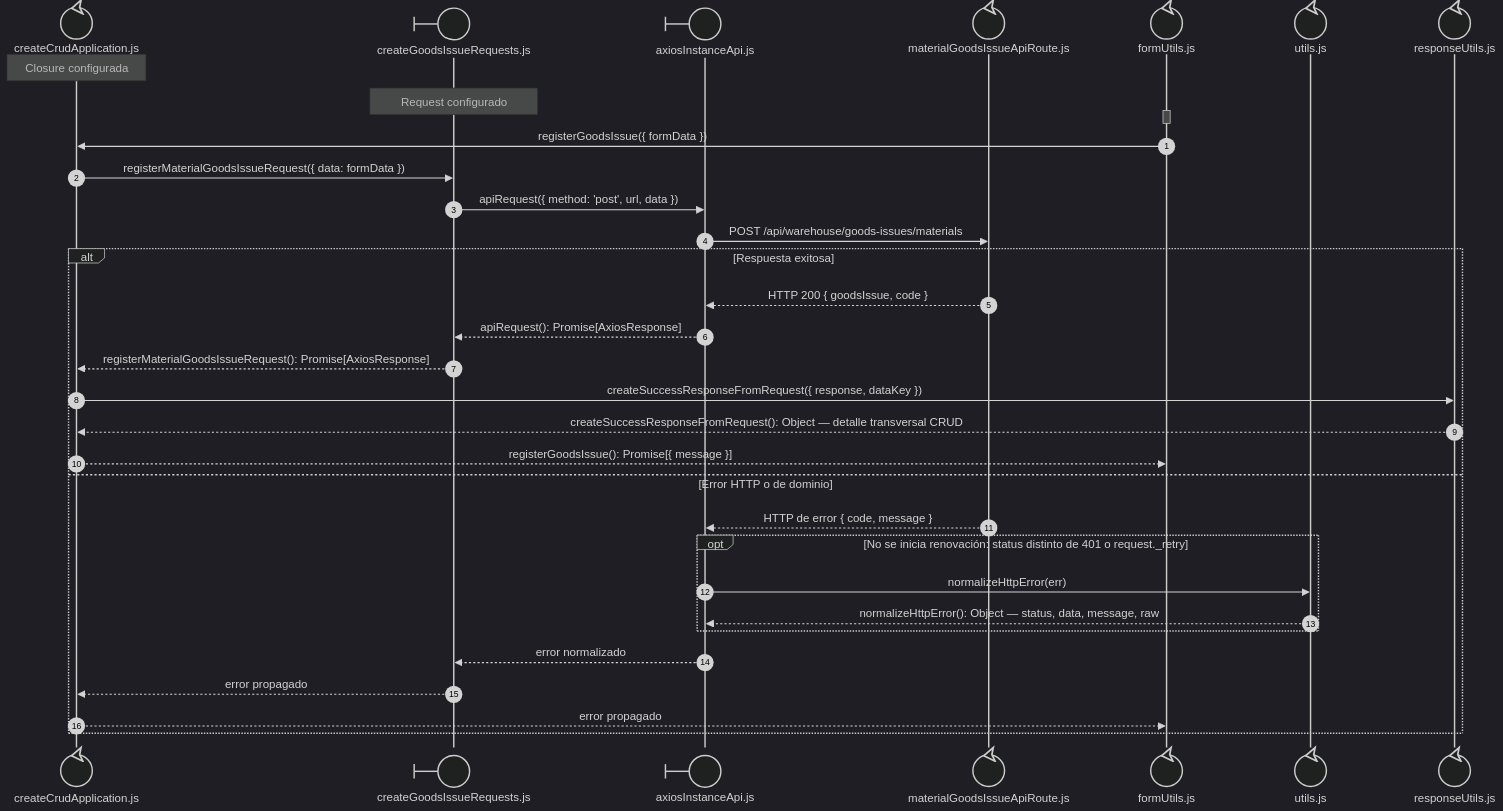
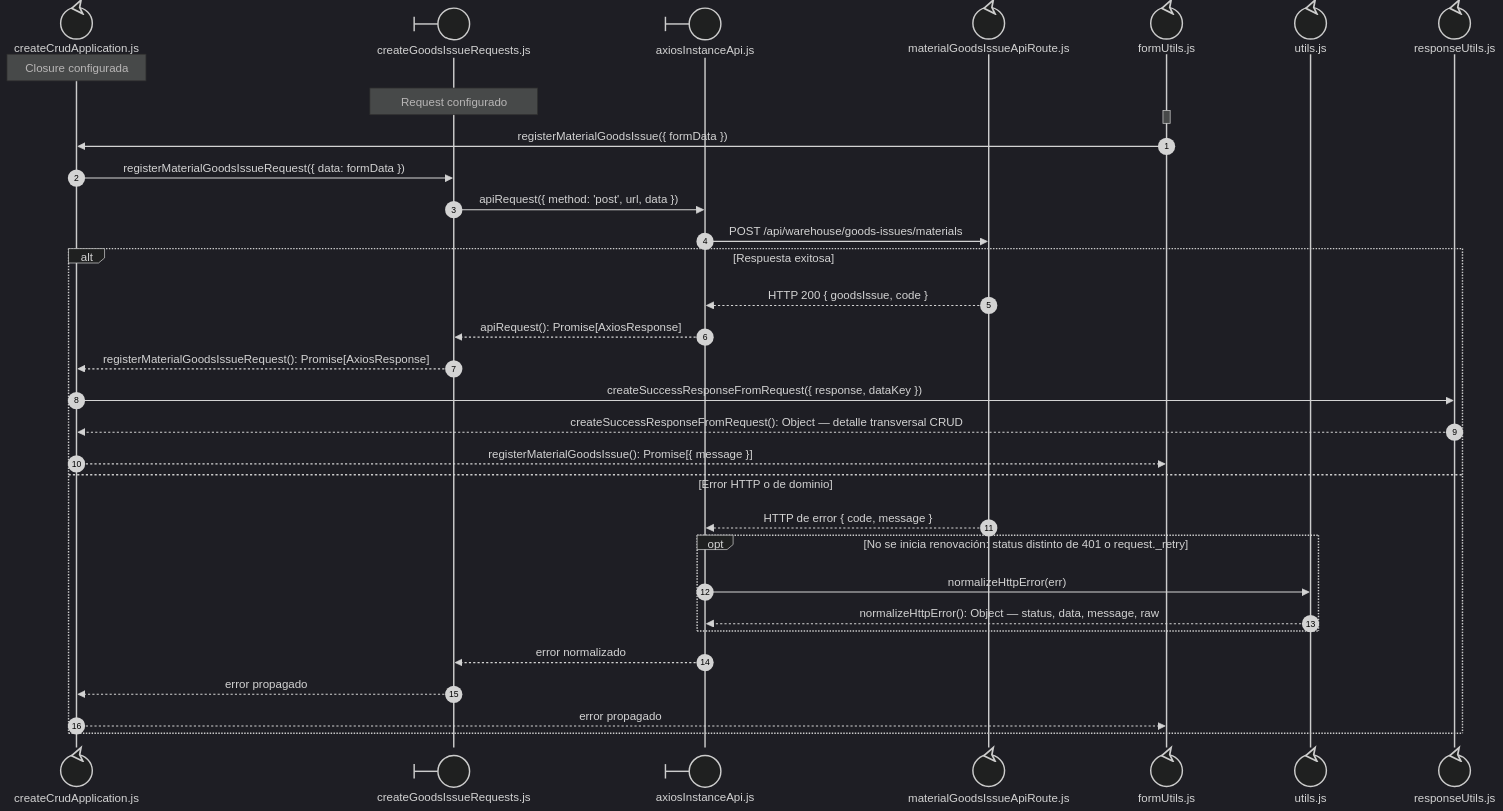
The third of 3 diagrams in docs/architecture/views/processes/frontend-code-sequences/issues/cu-sal-02.md (gpgsistemas01/nexus), drawn with Mermaid (dark theme) before and after one commit. The commit also changed other lines of this file and 142 other files, not shown here.

````diff
--- a/docs/architecture/views/processes/frontend-code-sequences/issues/cu-sal-02.md
+++ b/docs/architecture/views/processes/frontend-code-sequences/issues/cu-sal-02.md
@@ -190,39 +191,39 @@
 ```mermaid
 sequenceDiagram
     autonumber
     participant Application@{ "type": "control" } as createCrudApplication.js
     participant Request@{ "type": "boundary" } as createGoodsIssueRequests.js
     participant HTTP@{ "type": "boundary" } as axiosInstanceApi.js
     participant Transport@{ "type": "control" } as materialGoodsIssueApiRoute.js
     participant FormUtils@{ "type": "control" } as formUtils.js
 
     participant FileUtils@{ "type": "control" } as utils.js
 
     participant FileResponseUtils@{ "type": "control" } as responseUtils.js
 
     Note over Application: Closure configurada
     Note over Request: Request configurado
     activate FormUtils
     deactivate FormUtils
-        FormUtils->>Application: registerGoodsIssue({ formData })
+        FormUtils->>Application: registerMaterialGoodsIssue({ formData })
         Application->>Request: registerMaterialGoodsIssueRequest({ data: formData })
         Request->>HTTP: apiRequest({ method: 'post', url, data })
         HTTP->>Transport: POST /api/warehouse/goods-issues/materials
         alt Respuesta exitosa
             Transport-->>HTTP: HTTP 200 { goodsIssue, code }
             HTTP-->>Request: apiRequest(): Promise[AxiosResponse]
             Request-->>Application: registerMaterialGoodsIssueRequest(): Promise[AxiosResponse]
             Application->>FileResponseUtils: createSuccessResponseFromRequest({ response, dataKey })
             FileResponseUtils-->>Application: createSuccessResponseFromRequest(): Object — detalle transversal CRUD
-            Application-->>FormUtils: registerGoodsIssue(): Promise[{ message }]
+            Application-->>FormUtils: registerMaterialGoodsIssue(): Promise[{ message }]
         else Error HTTP o de dominio
             Transport-->>HTTP: HTTP de error { code, message }
             opt No se inicia renovación: status distinto de 401 o request._retry
                 HTTP->>FileUtils: normalizeHttpError(err)
                 FileUtils-->>HTTP: normalizeHttpError(): Object — status, data, message, raw
             end
             HTTP-->>Request: error normalizado
             Request-->>Application: error propagado
             Application-->>FormUtils: error propagado
     end
 ```
````
